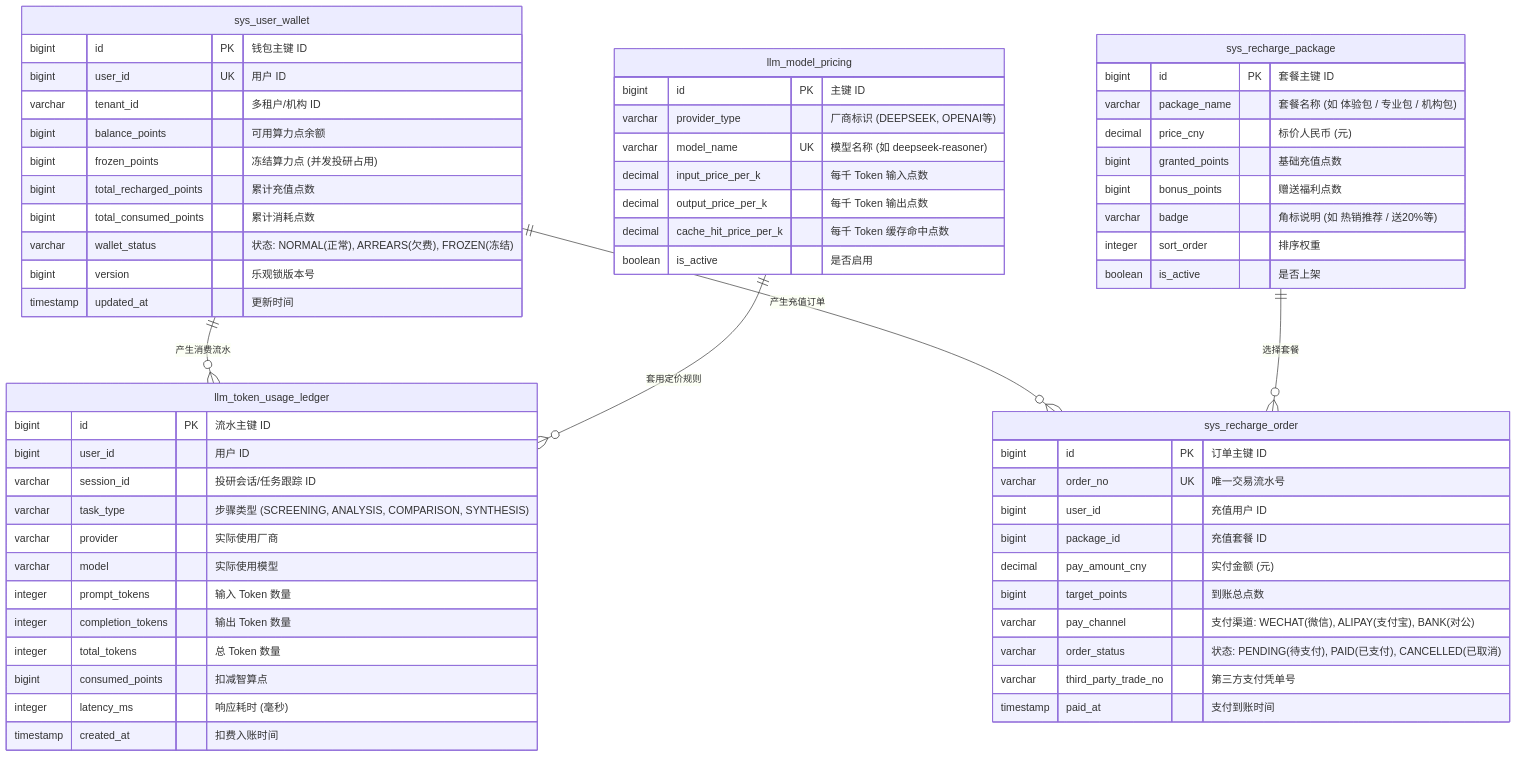
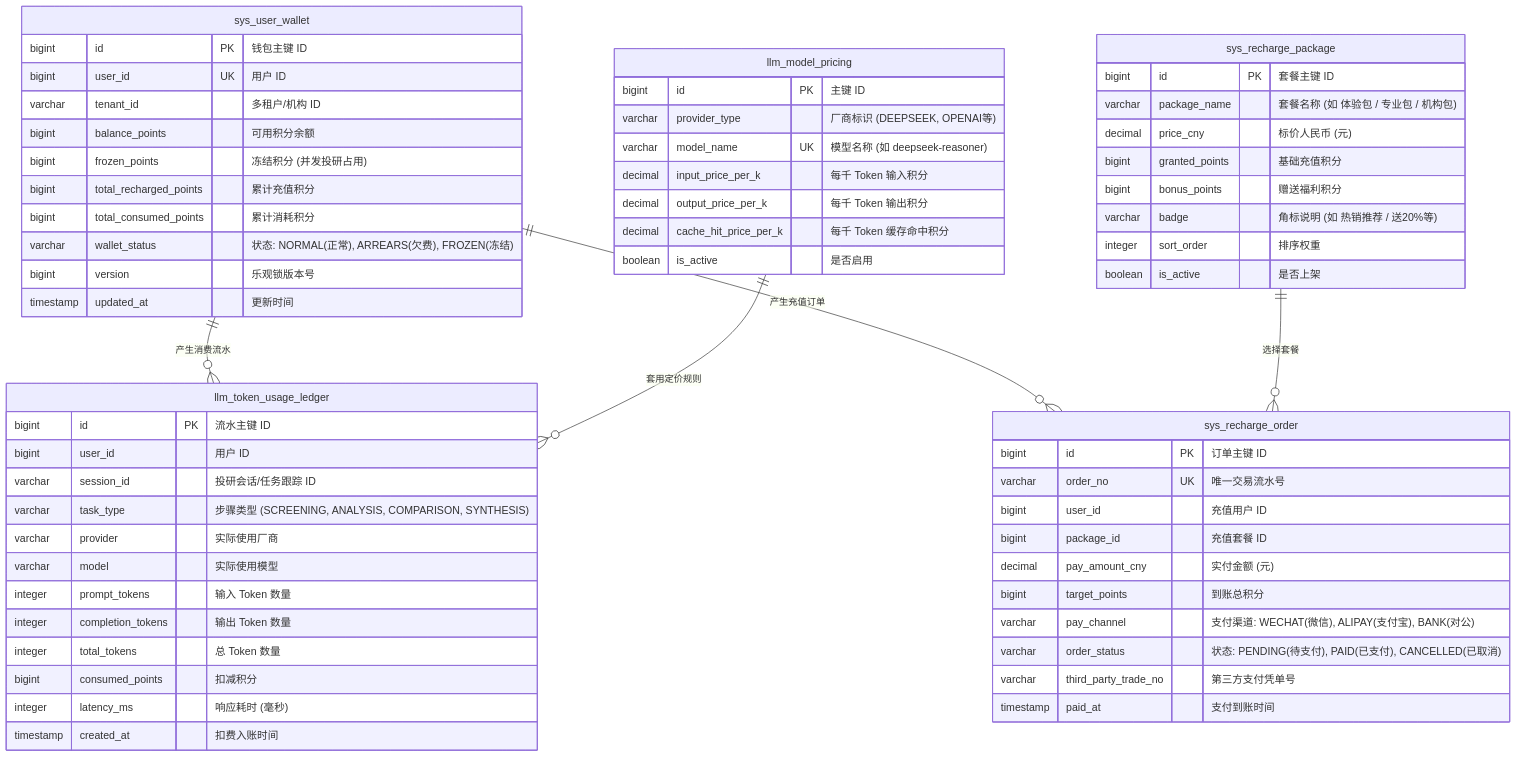
Before and after one commit to SummerBreeze320/FinancialCopilot: the fifth of 7 diagrams in docs/superpowers/specs/2026-09-10-financial-research-agent-design.md, drawn with Mermaid. The commit also changed other lines of this file and 26 other files, not shown here.

````diff
--- a/docs/superpowers/specs/2026-09-10-financial-research-agent-design.md
+++ b/docs/superpowers/specs/2026-09-10-financial-research-agent-design.md
@@ -645,69 +645,69 @@
 ```mermaid
 erDiagram
     sys_user_wallet ||--o{ llm_token_usage_ledger : "产生消费流水"
     sys_user_wallet ||--o{ sys_recharge_order : "产生充值订单"
     sys_recharge_package ||--o{ sys_recharge_order : "选择套餐"
     llm_model_pricing ||--o{ llm_token_usage_ledger : "套用定价规则"
 
     sys_user_wallet {
         bigint id PK "钱包主键 ID"
         bigint user_id UK "用户 ID"
         varchar tenant_id "多租户/机构 ID"
-        bigint balance_points "可用算力点余额"
-        bigint frozen_points "冻结算力点 (并发投研占用)"
-        bigint total_recharged_points "累计充值点数"
-        bigint total_consumed_points "累计消耗点数"
+        bigint balance_points "可用积分余额"
+        bigint frozen_points "冻结积分 (并发投研占用)"
+        bigint total_recharged_points "累计充值积分"
+        bigint total_consumed_points "累计消耗积分"
         varchar wallet_status "状态: NORMAL(正常), ARREARS(欠费), FROZEN(冻结)"
         bigint version "乐观锁版本号"
         timestamp updated_at "更新时间"
     }
 
     llm_model_pricing {
         bigint id PK "主键 ID"
         varchar provider_type "厂商标识 (DEEPSEEK, OPENAI等)"
         varchar model_name UK "模型名称 (如 deepseek-reasoner)"
-        decimal input_price_per_k "每千 Token 输入点数"
-        decimal output_price_per_k "每千 Token 输出点数"
-        decimal cache_hit_price_per_k "每千 Token 缓存命中点数"
+        decimal input_price_per_k "每千 Token 输入积分"
+        decimal output_price_per_k "每千 Token 输出积分"
+        decimal cache_hit_price_per_k "每千 Token 缓存命中积分"
         boolean is_active "是否启用"
     }
 
     llm_token_usage_ledger {
         bigint id PK "流水主键 ID"
         bigint user_id "用户 ID"
         varchar session_id "投研会话/任务跟踪 ID"
         varchar task_type "步骤类型 (SCREENING, ANALYSIS, COMPARISON, SYNTHESIS)"
         varchar provider "实际使用厂商"
         varchar model "实际使用模型"
         integer prompt_tokens "输入 Token 数量"
         integer completion_tokens "输出 Token 数量"
         integer total_tokens "总 Token 数量"
-        bigint consumed_points "扣减智算点"
+        bigint consumed_points "扣减积分"
         integer latency_ms "响应耗时 (毫秒)"
         timestamp created_at "扣费入账时间"
     }
 
     sys_recharge_package {
         bigint id PK "套餐主键 ID"
         varchar package_name "套餐名称 (如 体验包 / 专业包 / 机构包)"
         decimal price_cny "标价人民币 (元)"
-        bigint granted_points "基础充值点数"
-        bigint bonus_points "赠送福利点数"
+        bigint granted_points "基础充值积分"
+        bigint bonus_points "赠送福利积分"
         varchar badge "角标说明 (如 热销推荐 / 送20%等)"
         integer sort_order "排序权重"
         boolean is_active "是否上架"
     }
 
     sys_recharge_order {
         bigint id PK "订单主键 ID"
         varchar order_no UK "唯一交易流水号"
         bigint user_id "充值用户 ID"
         bigint package_id "充值套餐 ID"
         decimal pay_amount_cny "实付金额 (元)"
-        bigint target_points "到账总点数"
+        bigint target_points "到账总积分"
         varchar pay_channel "支付渠道: WECHAT(微信), ALIPAY(支付宝), BANK(对公)"
         varchar order_status "状态: PENDING(待支付), PAID(已支付), CANCELLED(已取消)"
         varchar third_party_trade_no "第三方支付凭单号"
         timestamp paid_at "支付到账时间"
     }
 ```
````
